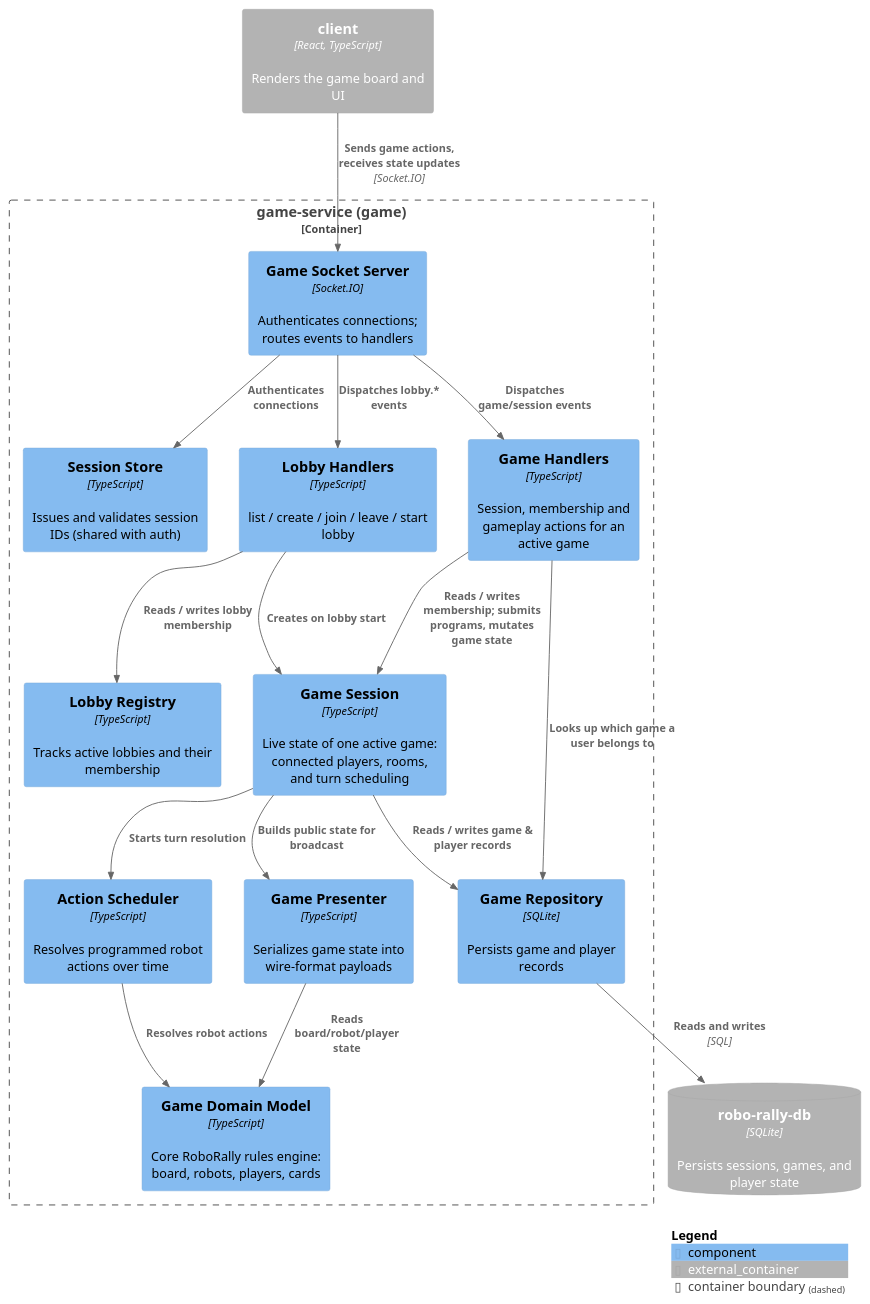
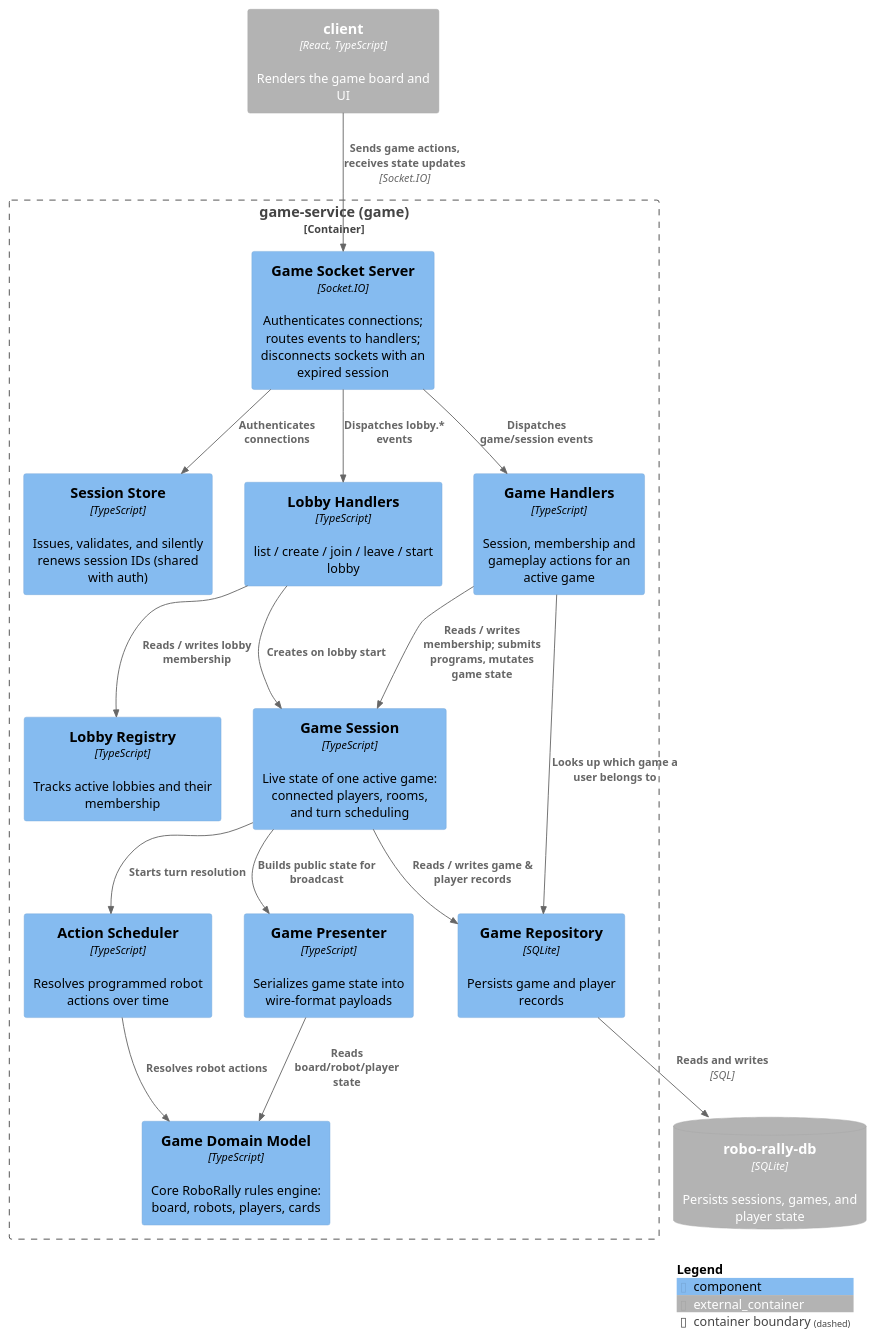
One commit to hananinas/RoboRally changed the diagram in docs/architecture/component-game.puml. Above: the diagram before and after it, drawn with PlantUML. The commit also changed 13 other files, not shown here.

```diff
--- a/docs/architecture/component-game.puml
+++ b/docs/architecture/component-game.puml
@@ -1,41 +1,41 @@
 @startuml component-game
 !include C4_Component.puml
 
 LAYOUT_WITH_LEGEND()
 
 Container_Ext(client, "client", "React, TypeScript", "Renders the game board and UI")
 ContainerDb_Ext(gameDb, "robo-rally-db", "SQLite", "Persists sessions, games, and player state")
 
 Container_Boundary(gameService, "game-service (game)") {
-    Component(sessionStore, "Session Store", "TypeScript", "Issues and validates session IDs (shared with auth)")
-    Component(gameSocketServer, "Game Socket Server", "Socket.IO", "Authenticates connections; routes events to handlers")
+    Component(sessionStore, "Session Store", "TypeScript", "Issues, validates, and silently renews session IDs (shared with auth)")
+    Component(gameSocketServer, "Game Socket Server", "Socket.IO", "Authenticates connections; routes events to handlers; disconnects sockets with an expired session")
     Component(lobbyHandlers, "Lobby Handlers", "TypeScript", "list / create / join / leave / start lobby")
     Component(gameHandlers, "Game Handlers", "TypeScript", "Session, membership and gameplay actions for an active game")
     Component(lobbyRegistry, "Lobby Registry", "TypeScript", "Tracks active lobbies and their membership")
     Component(gameSession, "Game Session", "TypeScript", "Live state of one active game: connected players, rooms, and turn scheduling")
     Component(gameRepo, "Game Repository", "SQLite", "Persists game and player records")
     Component(actionScheduler, "Action Scheduler", "TypeScript", "Resolves programmed robot actions over time")
     Component(gamePresenter, "Game Presenter", "TypeScript", "Serializes game state into wire-format payloads")
     Component(gameDomain, "Game Domain Model", "TypeScript", "Core RoboRally rules engine: board, robots, players, cards")
 }
 
 Rel(client, gameSocketServer, "Sends game actions, receives state updates", "Socket.IO")
 Rel(gameSocketServer, sessionStore, "Authenticates connections")
 Rel(gameSocketServer, lobbyHandlers, "Dispatches lobby.* events")
 Rel(gameSocketServer, gameHandlers, "Dispatches game/session events")
 
 Rel(lobbyHandlers, lobbyRegistry, "Reads / writes lobby membership")
 Rel(lobbyHandlers, gameSession, "Creates on lobby start")
 
 Rel(gameHandlers, gameRepo, "Looks up which game a user belongs to")
 Rel(gameHandlers, gameSession, "Reads / writes membership; submits programs, mutates game state")
 Rel(gameSession, gameRepo, "Reads / writes game & player records")
 Rel(gameRepo, gameDb, "Reads and writes", "SQL")
 
 Rel(gameSession, actionScheduler, "Starts turn resolution")
 Rel(actionScheduler, gameDomain, "Resolves robot actions")
 Rel(gameSession, gamePresenter, "Builds public state for broadcast")
 Rel(gamePresenter, gameDomain, "Reads board/robot/player state")
 
 SHOW_LEGEND()
 @enduml
```
